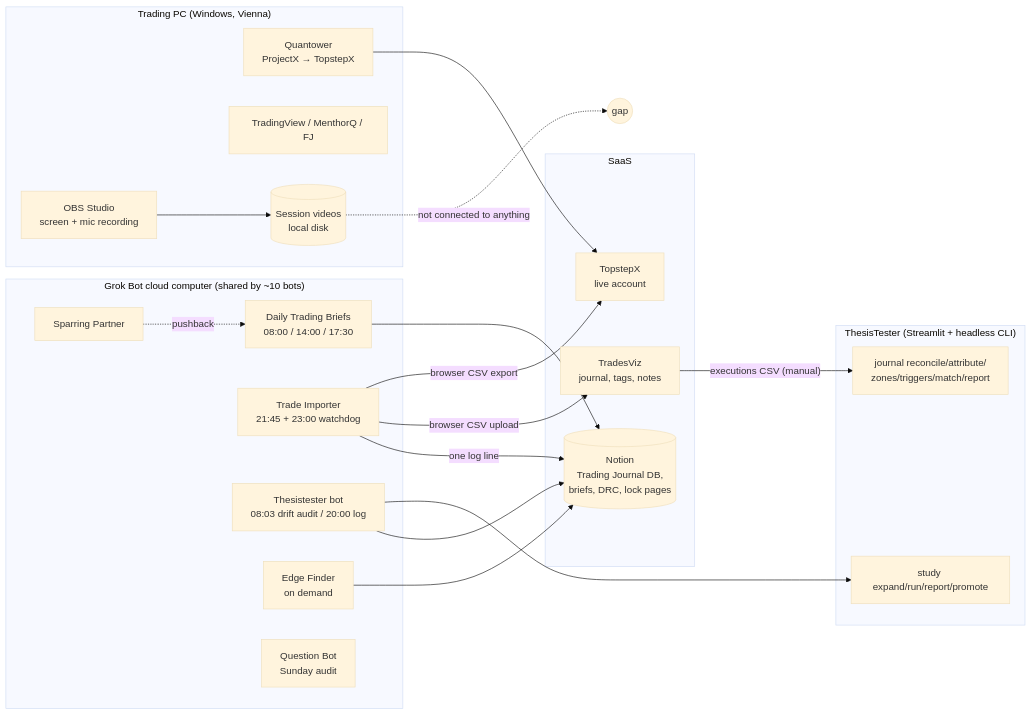
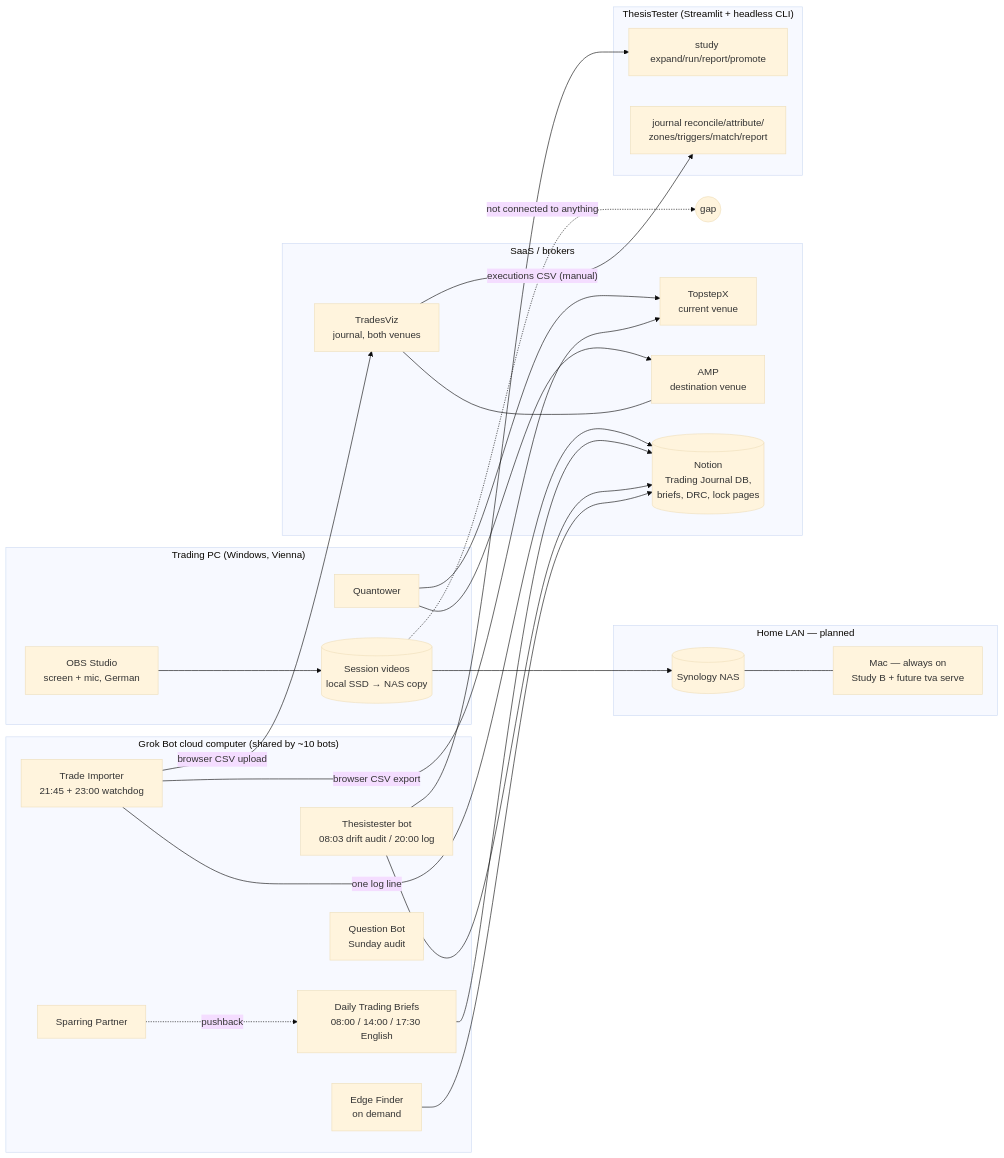
Before and after one commit to AccumuLatata/tradevidanalyser: the diagram in docs/01_DISCOVERY.md, drawn with Mermaid (base theme). The commit also changed other lines of this file and 6 other files, not shown here.

First line of the commit message:
Lock TradeVidAnalyser v1: video API first, journal join later

````diff
--- a/docs/01_DISCOVERY.md
+++ b/docs/01_DISCOVERY.md
@@ -16,42 +17,51 @@
 ```mermaid
 flowchart LR
   subgraph desk["Trading PC (Windows, Vienna)"]
-    QT[Quantower<br/>ProjectX → TopstepX]
-    OBS[OBS Studio<br/>screen + mic recording]
-    TV[TradingView / MenthorQ / FJ]
-    VID[(Session videos<br/>local disk)]
+    QT[Quantower]
+    OBS[OBS Studio<br/>screen + mic, German]
+    VID[(Session videos<br/>local SSD → NAS copy)]
     OBS --> VID
   end
 
+  subgraph home["Home LAN — planned"]
+    NAS[(Synology NAS)]
+    MAC[Mac — always on<br/>Study B + future tva serve]
+    VID --> NAS
+    NAS --- MAC
+  end
+
   subgraph grok["Grok Bot cloud computer (shared by ~10 bots)"]
-    DTB[Daily Trading Briefs<br/>08:00 / 14:00 / 17:30]
+    DTB[Daily Trading Briefs<br/>08:00 / 14:00 / 17:30 English]
     SP[Sparring Partner]
     TI[Trade Importer<br/>21:45 + 23:00 watchdog]
     TT[Thesistester bot<br/>08:03 drift audit / 20:00 log]
     EF[Edge Finder<br/>on demand]
     QB[Question Bot<br/>Sunday audit]
   end
 
-  subgraph saas["SaaS"]
-    TSX[TopstepX<br/>live account]
-    TVZ[TradesViz<br/>journal, tags, notes]
+  subgraph saas["SaaS / brokers"]
+    TSX[TopstepX<br/>current venue]
+    AMP[AMP<br/>destination venue]
+    TVZ[TradesViz<br/>journal, both venues]
     NOT[(Notion<br/>Trading Journal DB,<br/>briefs, DRC, lock pages)]
   end
 
   subgraph lab["ThesisTester (Streamlit + headless CLI)"]
     STUDY[study expand/run/report/promote]
     JOUR[journal reconcile/attribute/<br/>zones/triggers/match/report]
   end
 
   QT --> TSX
+  QT --> AMP
   TI -- browser CSV export --> TSX
   TI -- browser CSV upload --> TVZ
+  TVZ --- AMP
   TI -- one log line --> NOT
   DTB --> NOT
   SP -.pushback.-> DTB
   TT --> STUDY
   TT --> NOT
   EF --> NOT
   TVZ -- executions CSV (manual) --> JOUR
   VID -. "not connected to anything" .-> X((gap))
 ```
````
